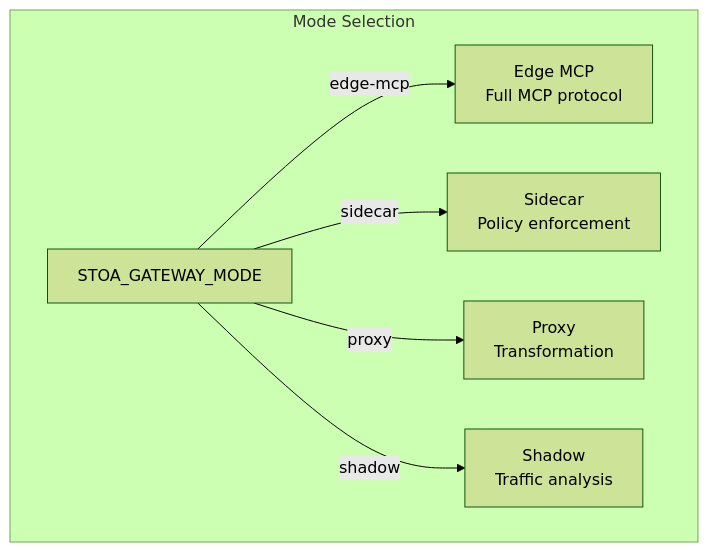
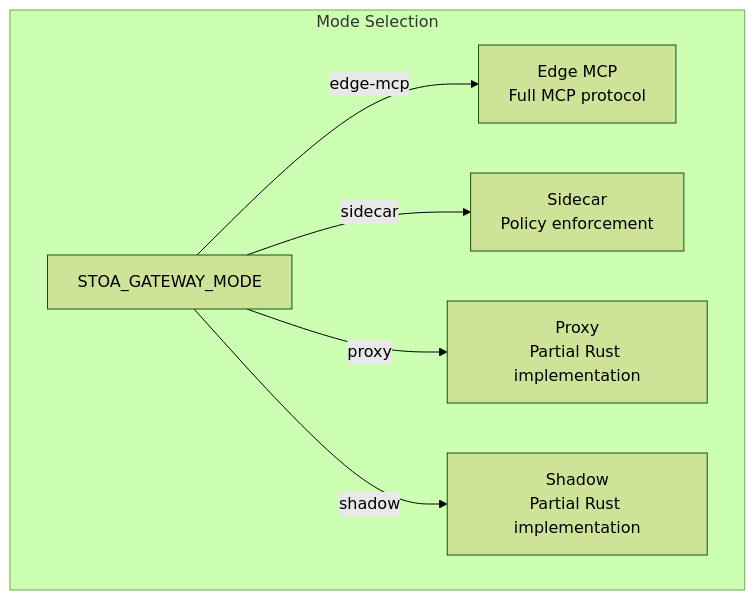
One commit to stoa-platform/stoa-docs changed the diagram in docs/guides/gateway-modes.md. Above: the diagram before and after it, drawn with Mermaid (forest theme). The commit also changed other lines of this file and 3 other files, not shown here.

Commit message:
docs(gateway): align Rust ports and Proxy, Shadow status (EN/FR) (#250)

````diff
--- a/docs/guides/gateway-modes.md
+++ b/docs/guides/gateway-modes.md
@@ -29,10 +29,10 @@
 ```mermaid
 graph TB
     subgraph "Mode Selection"
         ENV["STOA_GATEWAY_MODE"]
         ENV -->|edge-mcp| EM[Edge MCP<br/>Full MCP protocol]
         ENV -->|sidecar| SC[Sidecar<br/>Policy enforcement]
-        ENV -->|proxy| PX[Proxy<br/>Transformation]
-        ENV -->|shadow| SH[Shadow<br/>Traffic analysis]
+        ENV -->|proxy| PX[Proxy<br/>Partial Rust implementation]
+        ENV -->|shadow| SH[Shadow<br/>Partial Rust implementation]
     end
 ```
````
